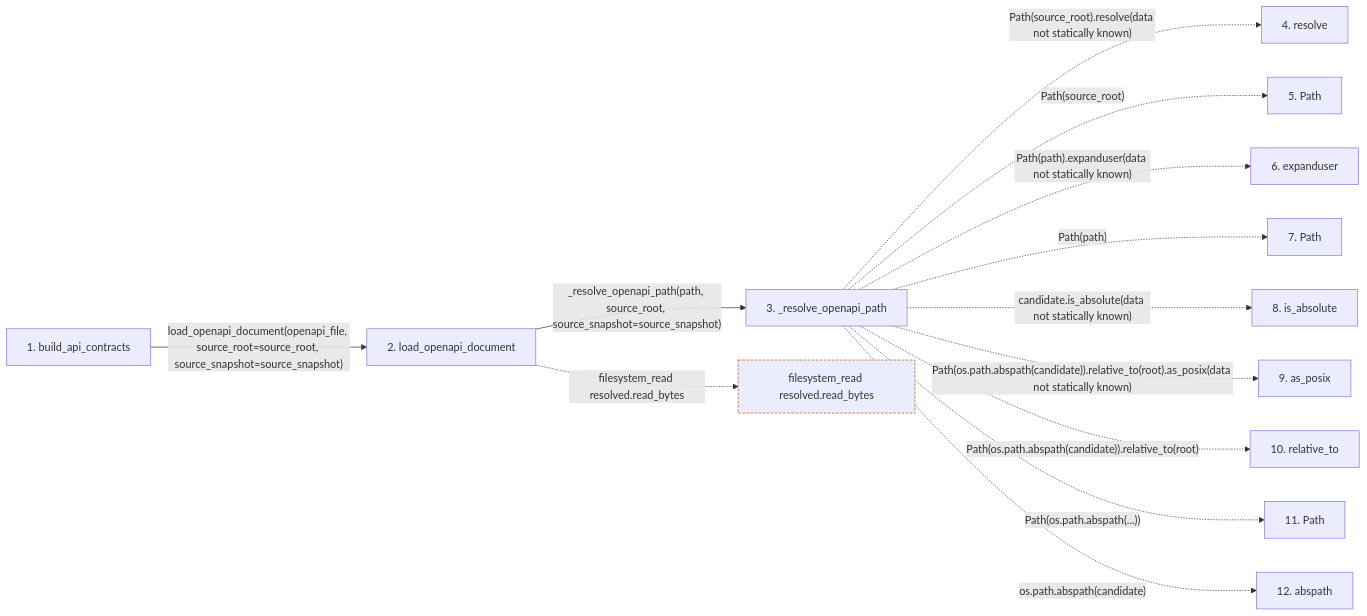
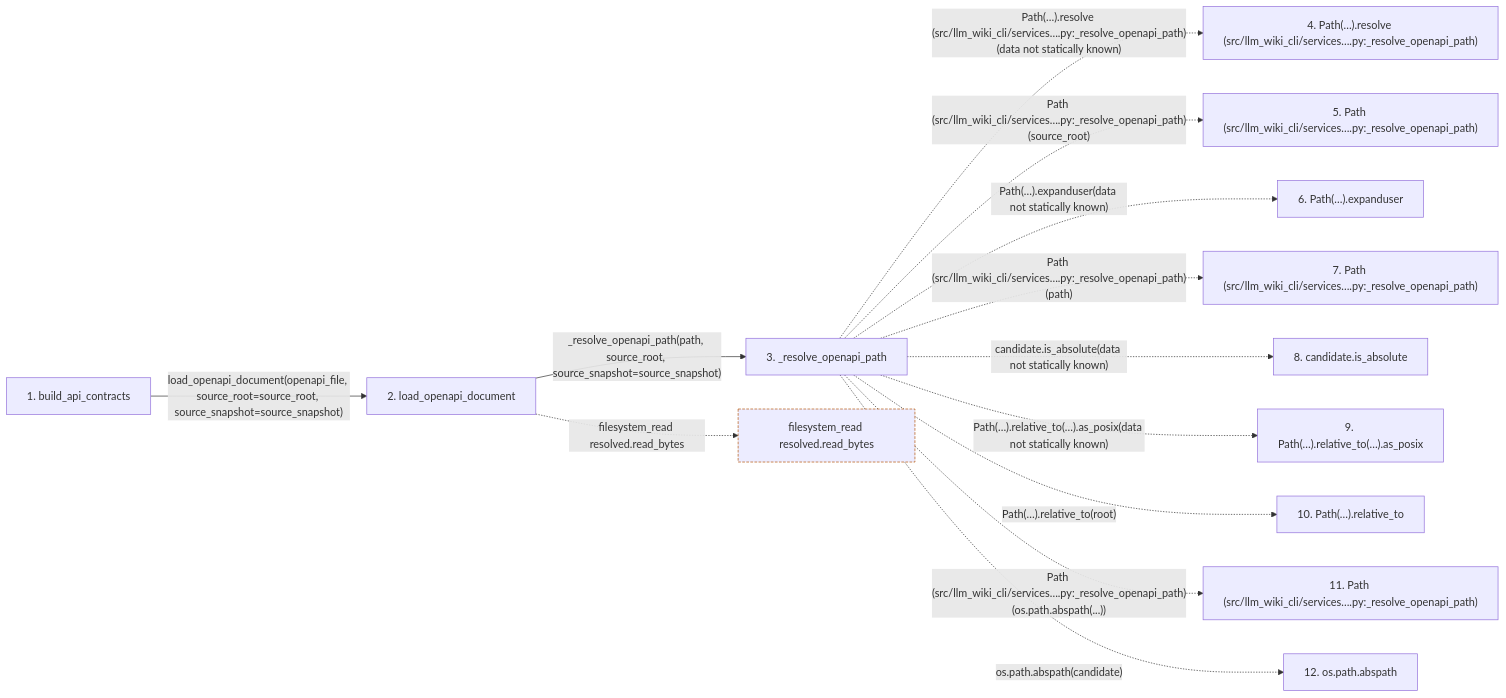
Before and after one commit to Denissvgn/python-wiki-llm: the second of 2 diagrams in docs/llm_wiki/flows/api-build_api_contracts.md, drawn with Mermaid. The commit also changed other lines of this file and 719 other files, not shown here.

````diff
--- a/docs/llm_wiki/flows/api-build_api_contracts.md
+++ b/docs/llm_wiki/flows/api-build_api_contracts.md
@@ -67,33 +81,33 @@
 ```mermaid
 flowchart LR
     s1["1. build_api_contracts"]
     s2["2. load_openapi_document"]
     s3["3. _resolve_openapi_path"]
-    s4["4. resolve"]
-    s5["5. Path"]
-    s6["6. expanduser"]
-    s7["7. Path"]
-    s8["8. is_absolute"]
-    s9["9. as_posix"]
-    s10["10. relative_to"]
-    s11["11. Path"]
-    s12["12. abspath"]
+    s4["4. Path(…).resolve (src/llm_wiki_cli/services….py:_resolve_openapi_path)"]
+    s5["5. Path (src/llm_wiki_cli/services….py:_resolve_openapi_path)"]
+    s6["6. Path(…).expanduser"]
+    s7["7. Path (src/llm_wiki_cli/services….py:_resolve_openapi_path)"]
+    s8["8. candidate.is_absolute"]
+    s9["9. Path(…).relative_to(…).as_posix"]
+    s10["10. Path(…).relative_to"]
+    s11["11. Path (src/llm_wiki_cli/services….py:_resolve_openapi_path)"]
+    s12["12. os.path.abspath"]
     s1 -->|"load_openapi_document(openapi_file, source_root=source_root, source_snapshot=source_snapshot)"| s2
     s2 -->|"_resolve_openapi_path(path, source_root, source_snapshot=source_snapshot)"| s3
-    s3 -. "Path(source_root).resolve(data not statically known)" .-> s4
-    s3 -. "Path(source_root)" .-> s5
-    s3 -. "Path(path).expanduser(data not statically known)" .-> s6
-    s3 -. "Path(path)" .-> s7
+    s3 -. "Path(…).resolve (src/llm_wiki_cli/services….py:_resolve_openapi_path)(data not statically known)" .-> s4
+    s3 -. "Path (src/llm_wiki_cli/services….py:_resolve_openapi_path)(source_root)" .-> s5
+    s3 -. "Path(…).expanduser(data not statically known)" .-> s6
+    s3 -. "Path (src/llm_wiki_cli/services….py:_resolve_openapi_path)(path)" .-> s7
     s3 -. "candidate.is_absolute(data not statically known)" .-> s8
-    s3 -. "Path(os.path.abspath(candidate)).relative_to(root).as_posix(data not statically known)" .-> s9
-    s3 -. "Path(os.path.abspath(candidate)).relative_to(root)" .-> s10
-    s3 -. "Path(os.path.abspath(...))" .-> s11
+    s3 -. "Path(…).relative_to(…).as_posix(data not statically known)" .-> s9
+    s3 -. "Path(…).relative_to(root)" .-> s10
+    s3 -. "Path (src/llm_wiki_cli/services….py:_resolve_openapi_path)(os.path.abspath(...))" .-> s11
     s3 -. "os.path.abspath(candidate)" .-> s12
     b0["filesystem_read resolved.read_bytes"]
     s2 -. "filesystem_read resolved.read_bytes" .-> b0
     click s1 "../modules/api_contracts.md"
     click s2 "../modules/api_contracts.md"
     click s3 "../modules/api_contracts.md"
     classDef boundary stroke:#b45309,stroke-dasharray: 4 2
     class b0 boundary
 ```
````
